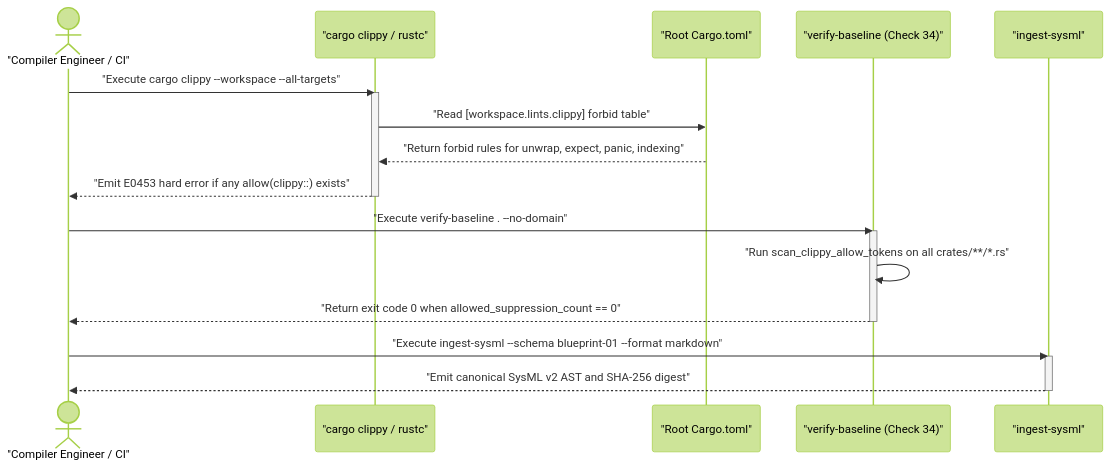
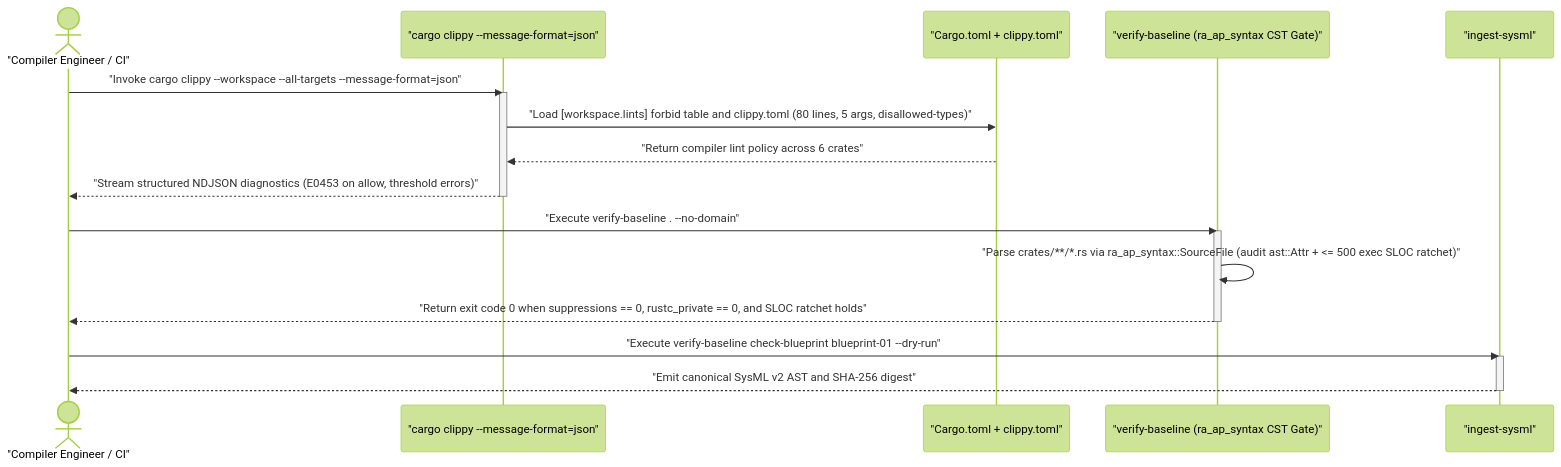
Before and after one commit to gintatkinson/DEAP01-spec-core: the fourth of 4 diagrams in docs/designs/blueprint-01-compiler-enforced-lint-forbid-gate.md, drawn with Mermaid (forest theme). The commit also changed other lines of this file and 2 other files, not shown here.

Commit message:
docs(blueprints): refactor BP-01 onto official clippy JSON and ra_ap_syntax CST

````diff
--- a/docs/designs/blueprint-01-compiler-enforced-lint-forbid-gate.md
+++ b/docs/designs/blueprint-01-compiler-enforced-lint-forbid-gate.md
@@ -143,26 +181,26 @@
 ```mermaid
 sequenceDiagram
     actor Eng as "Compiler Engineer / CI"
-    participant Cargo as "cargo clippy / rustc"
-    participant Manifest as "Root Cargo.toml"
-    participant Check34 as "verify-baseline (Check 34)"
+    participant Cargo as "cargo clippy --message-format=json"
+    participant Config as "Cargo.toml + clippy.toml"
+    participant CstGate as "verify-baseline (ra_ap_syntax CST Gate)"
     participant Ingest as "ingest-sysml"
 
-    Eng->>Cargo: "Execute cargo clippy --workspace --all-targets"
+    Eng->>Cargo: "Invoke cargo clippy --workspace --all-targets --message-format=json"
     activate Cargo
-    Cargo->>Manifest: "Read [workspace.lints.clippy] forbid table"
-    Manifest-->>Cargo: "Return forbid rules for unwrap, expect, panic, indexing"
-    Cargo-->>Eng: "Emit E0453 hard error if any allow(clippy::) exists"
+    Cargo->>Config: "Load [workspace.lints] forbid table and clippy.toml (80 lines, 5 args, disallowed-types)"
+    Config-->>Cargo: "Return compiler lint policy across 6 crates"
+    Cargo-->>Eng: "Stream structured NDJSON diagnostics (E0453 on allow, threshold errors)"
     deactivate Cargo
 
-    Eng->>Check34: "Execute verify-baseline . --no-domain"
-    activate Check34
-    Check34->>Check34: "Run scan_clippy_allow_tokens on all crates/**/*.rs"
-    Check34-->>Eng: "Return exit code 0 when allowed_suppression_count == 0"
-    deactivate Check34
+    Eng->>CstGate: "Execute verify-baseline . --no-domain"
+    activate CstGate
+    CstGate->>CstGate: "Parse crates/**/*.rs via ra_ap_syntax::SourceFile (audit ast::Attr + <= 500 exec SLOC ratchet)"
+    CstGate-->>Eng: "Return exit code 0 when suppressions == 0, rustc_private == 0, and SLOC ratchet holds"
+    deactivate CstGate
 
-    Eng->>Ingest: "Execute ingest-sysml --schema blueprint-01 --format markdown"
+    Eng->>Ingest: "Execute verify-baseline check-blueprint blueprint-01 --dry-run"
     activate Ingest
     Ingest-->>Eng: "Emit canonical SysML v2 AST and SHA-256 digest"
     deactivate Ingest
 ```
````
